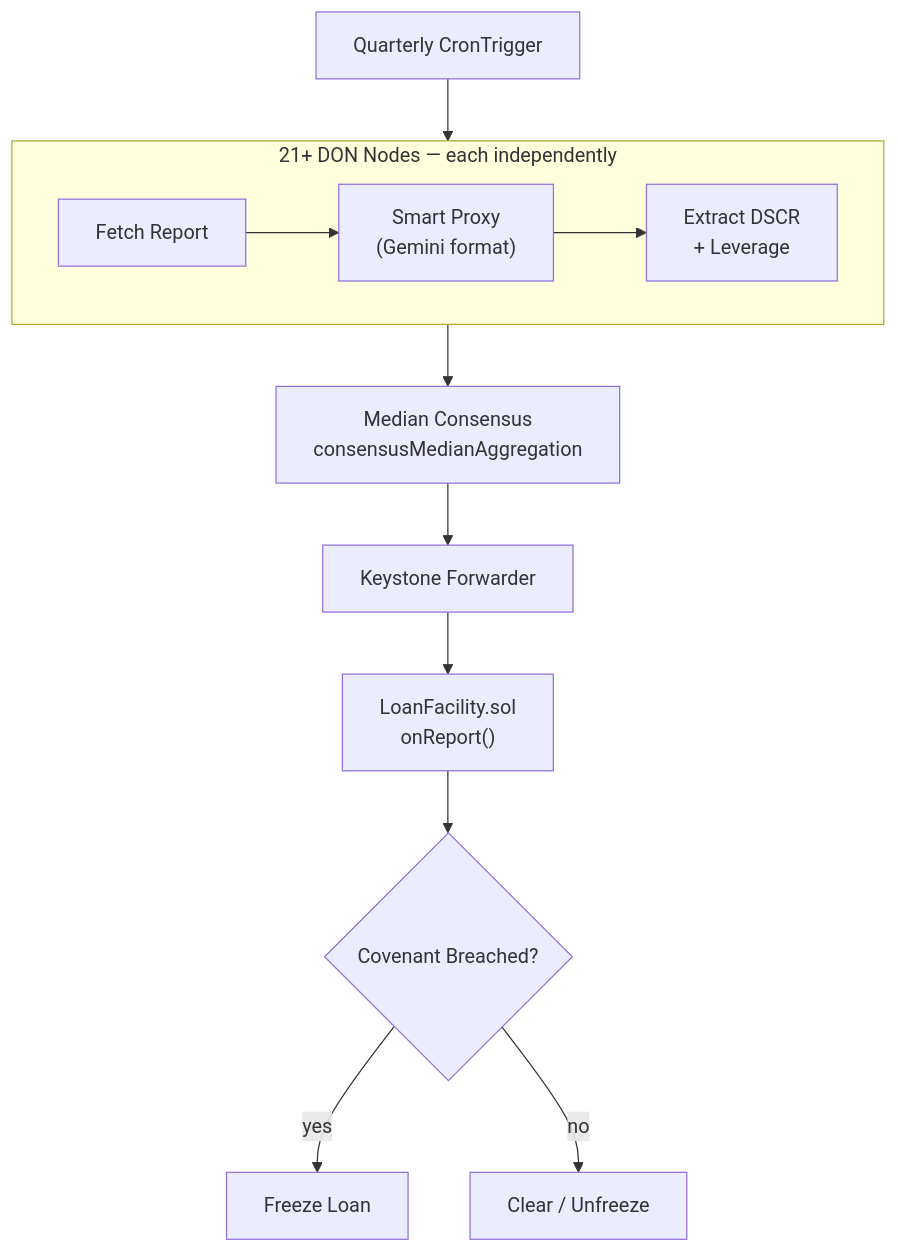
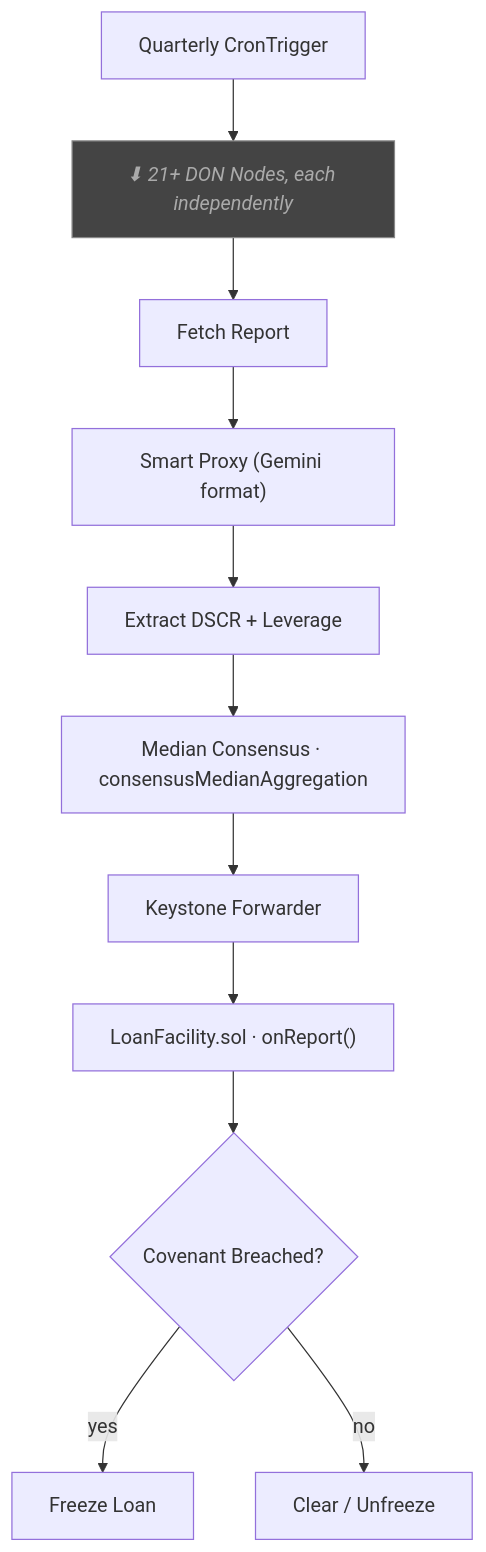
Before and after one commit to ArthFi/SentinelFi: the diagram in README.md, drawn with Mermaid. The commit also changed other lines of this file, not shown here.

Commit message:
docs: fix architecture diagram and correct CRE file references

````diff
--- a/README.md
+++ b/README.md
@@ -60,17 +65,17 @@
 ```mermaid
 flowchart TD
-    CT["Quarterly CronTrigger"] --> DON
+    CT["Quarterly CronTrigger"] --> NOTE
 
-    subgraph DON["21+ DON Nodes — each independently"]
-        direction LR
-        FR["Fetch Report"] --> SP["Smart Proxy\n(Gemini format)"]
-        SP --> EX["Extract DSCR\n+ Leverage"]
-    end
-
-    DON --> MC["Median Consensus\nconsensusMedianAggregation"]
+    NOTE["⬇ 21+ DON Nodes, each independently"]:::note
+    NOTE --> FR["Fetch Report"]
+    FR --> SP["Smart Proxy (Gemini format)"]
+    SP --> EX["Extract DSCR + Leverage"]
+    EX --> MC["Median Consensus · consensusMedianAggregation"]
     MC --> KF["Keystone Forwarder"]
-    KF --> SC["LoanFacility.sol\nonReport()"]
+    KF --> SC["LoanFacility.sol · onReport()"]
     SC --> BR{Covenant Breached?}
     BR -->|yes| FZ["Freeze Loan"]
     BR -->|no| CL["Clear / Unfreeze"]
+
+    classDef note fill:#444,stroke:#888,color:#aaa,font-style:italic
 ```
````
